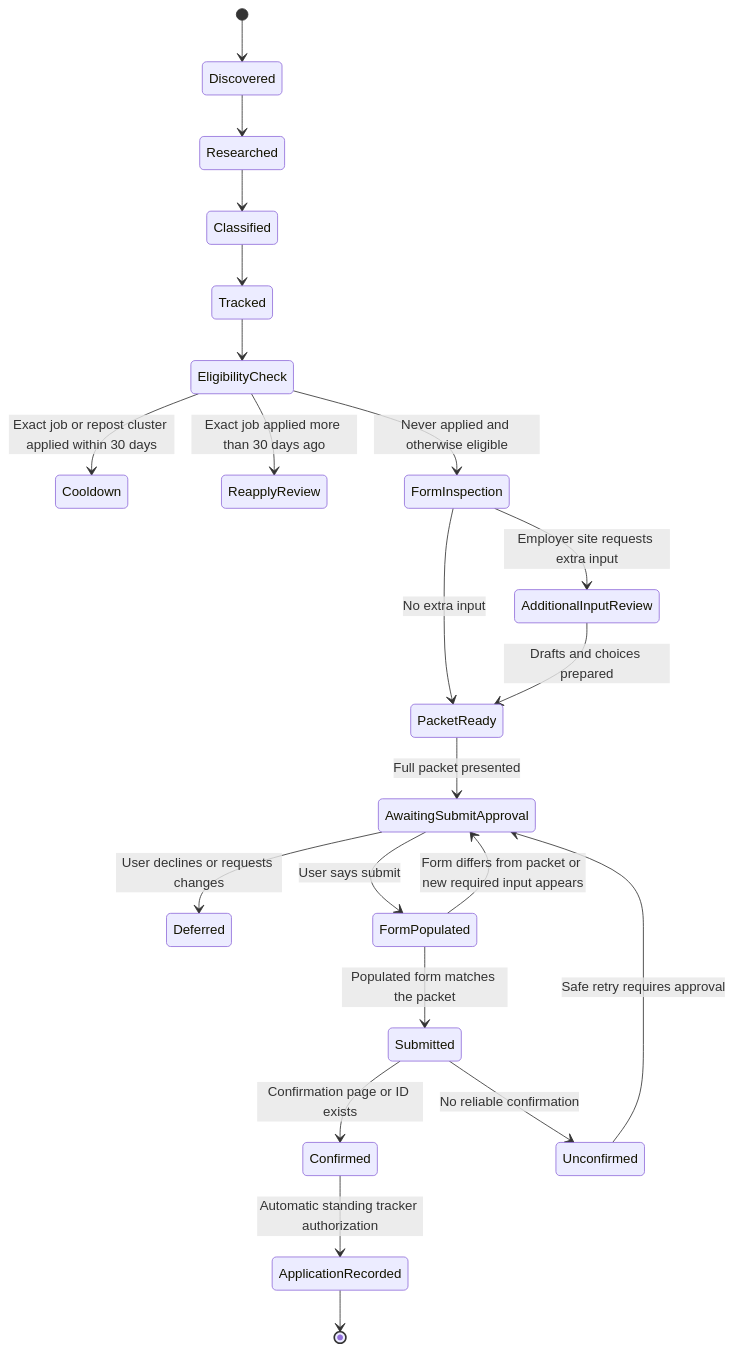
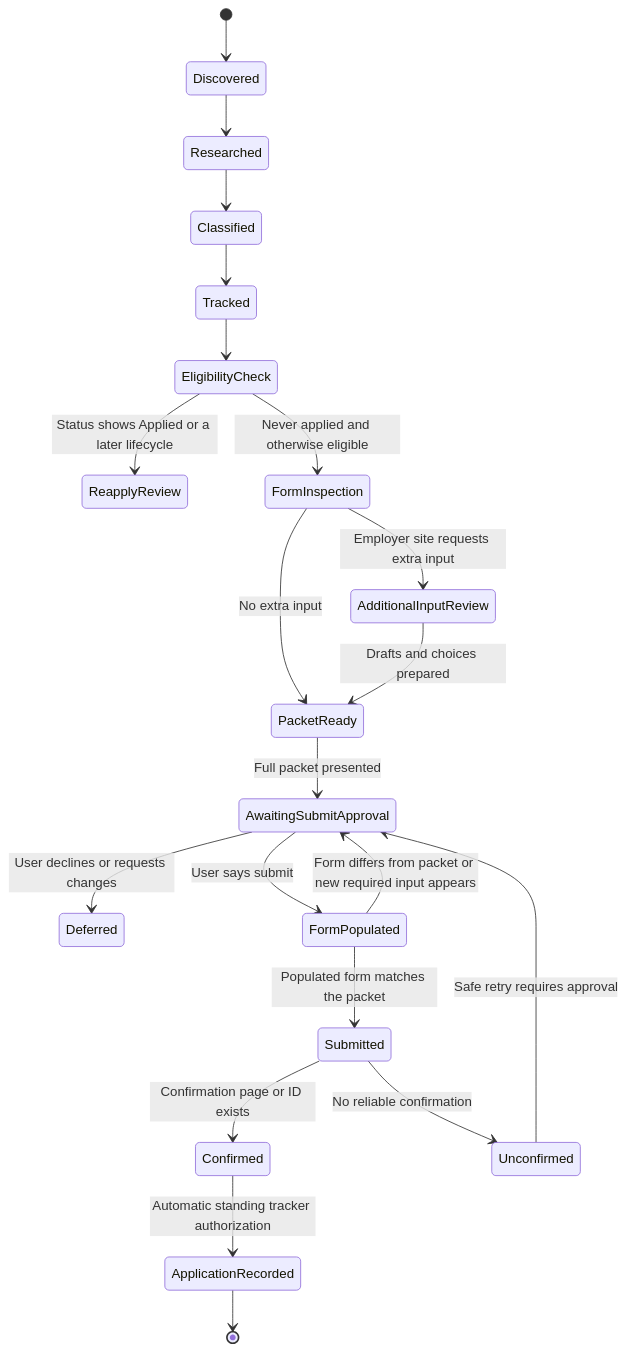
The first of 2 diagrams in linkedin-job-pilot/references/application-gates.md (fsw0422/skills), drawn with Mermaid before and after one commit. The commit also changed other lines of this file and 4 other files, not shown here.

First line of the commit message:
linkedin-job-pilot: drop Last Applied and Last Interviewed columns (#2)

````diff
--- a/linkedin-job-pilot/references/application-gates.md
+++ b/linkedin-job-pilot/references/application-gates.md
@@ -7,24 +7,23 @@
 ```mermaid
 stateDiagram-v2
     [*] --> Discovered
     Discovered --> Researched
     Researched --> Classified
     Classified --> Tracked
     Tracked --> EligibilityCheck
-    EligibilityCheck --> Cooldown: Exact job or repost cluster applied within 30 days
-    EligibilityCheck --> ReapplyReview: Exact job applied more than 30 days ago
+    EligibilityCheck --> ReapplyReview: Status shows Applied or a later lifecycle
     EligibilityCheck --> FormInspection: Never applied and otherwise eligible
     FormInspection --> AdditionalInputReview: Employer site requests extra input
     FormInspection --> PacketReady: No extra input
     AdditionalInputReview --> PacketReady: Drafts and choices prepared
     PacketReady --> AwaitingSubmitApproval: Full packet presented
     AwaitingSubmitApproval --> Deferred: User declines or requests changes
     AwaitingSubmitApproval --> FormPopulated: User says submit
     FormPopulated --> AwaitingSubmitApproval: Form differs from packet or new required input appears
     FormPopulated --> Submitted: Populated form matches the packet
     Submitted --> Confirmed: Confirmation page or ID exists
     Submitted --> Unconfirmed: No reliable confirmation
     Confirmed --> ApplicationRecorded: Automatic standing tracker authorization
     ApplicationRecorded --> [*]
     Unconfirmed --> AwaitingSubmitApproval: Safe retry requires approval
 ```
````
